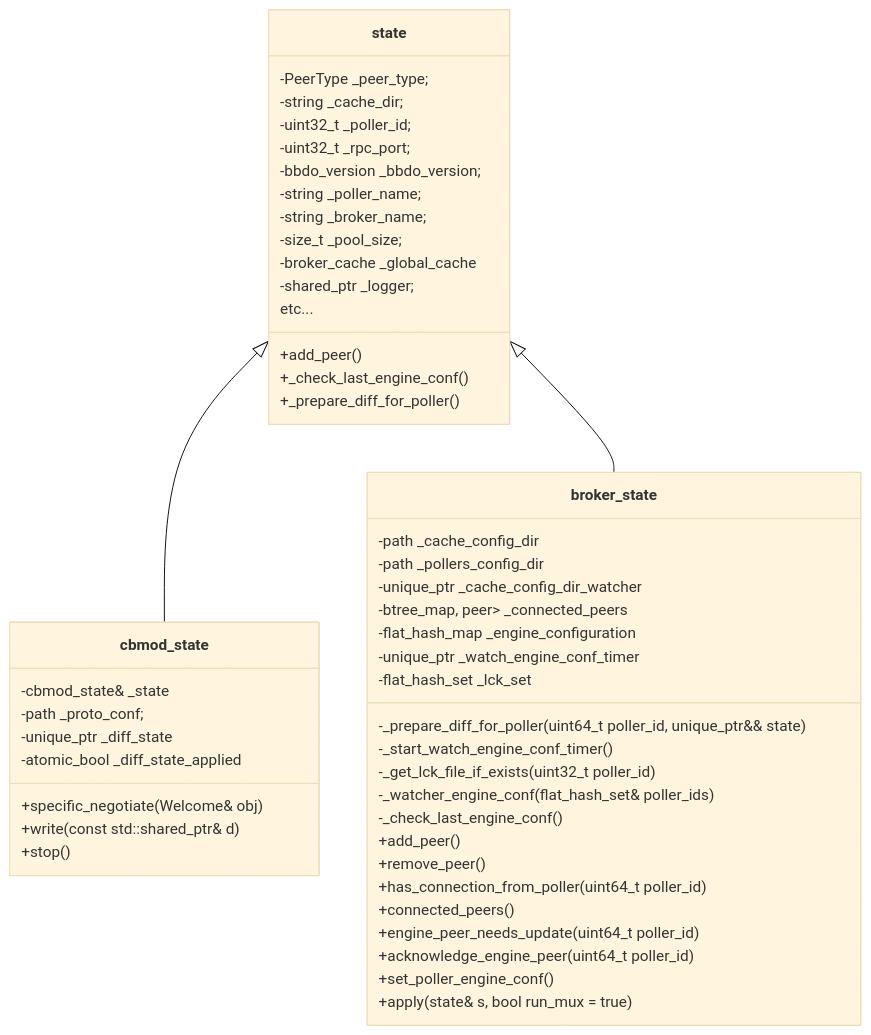
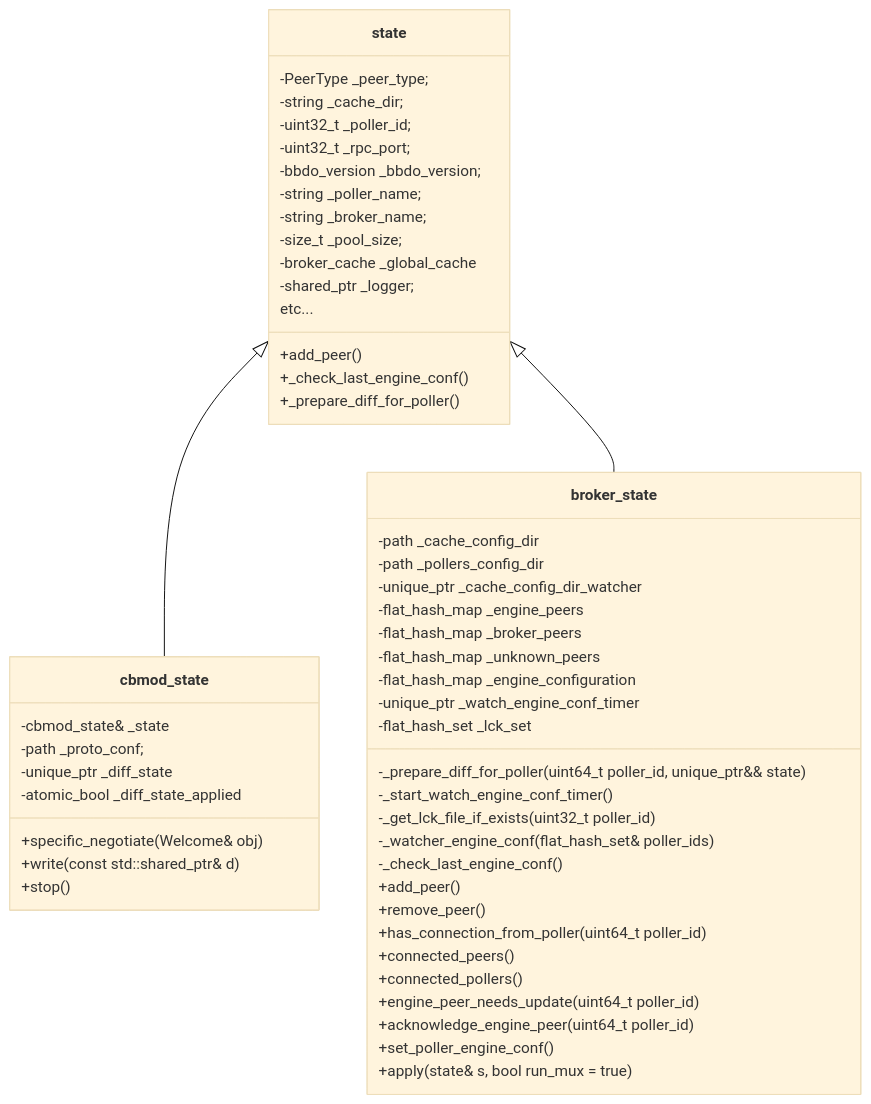
One commit to centreon/centreon-collect changed diagram 14 of 34 in broker/doc/nego-engine-broker-fr.md. Above: the diagram before and after it, drawn with Mermaid (base theme). The commit also changed other lines of this file and 1 other file, not shown here.

````diff
--- a/broker/doc/nego-engine-broker-fr.md
+++ b/broker/doc/nego-engine-broker-fr.md
@@ -1061,53 +1130,56 @@
 ```mermaid
 classDiagram
     class state {
-        -PeerType _peer_type;                                                                     
+        -PeerType _peer_type;
         -string _cache_dir;
         -uint32_t _poller_id;
         -uint32_t _rpc_port;
         -bbdo_version _bbdo_version;
         -string _poller_name;
         -string _broker_name;
-        -size_t _pool_size;                                                                                     
+        -size_t _pool_size;
         -broker_cache _global_cache
         -shared_ptr<spdlog::logger> _logger;
-        
+
         +add_peer()
         +_check_last_engine_conf()
         +_prepare_diff_for_poller()
         etc...
     }
     class cbmod_state {
         -cbmod_state& _state
         -path _proto_conf;
         -unique_ptr<DiffState> _diff_state
         -atomic_bool _diff_state_applied
         +specific_negotiate(Welcome& obj)
         +write(const std::shared_ptr<io::data>& d)
         +stop()
     }
     class broker_state {
         -path _cache_config_dir
         -path _pollers_config_dir
         -unique_ptr<directory_watcher> _cache_config_dir_watcher
-        -btree_map<tuple<uint64_t, string, string>, peer> _connected_peers
+        -flat_hash_map<peer_key, engine_peer> _engine_peers
+        -flat_hash_map<peer_key, broker_peer> _broker_peers
+        -flat_hash_map<peer_key, unknown_peer> _unknown_peers
         -flat_hash_map<uint64_t, string> _engine_configuration
         -unique_ptr<steady_timer> _watch_engine_conf_timer
         -flat_hash_set<uint32_t> _lck_set
         -_prepare_diff_for_poller(uint64_t poller_id, unique_ptr<State>&& state)
         -_start_watch_engine_conf_timer()
         -_get_lck_file_if_exists(uint32_t poller_id)
         -_watcher_engine_conf(flat_hash_set<uint32_t>& poller_ids)
         -_check_last_engine_conf()
         +add_peer()
         +remove_peer()
         +has_connection_from_poller(uint64_t poller_id)
         +connected_peers()
+        +connected_pollers()
         +engine_peer_needs_update(uint64_t poller_id)
         +acknowledge_engine_peer(uint64_t poller_id)
         +set_poller_engine_conf()
         +apply(state& s, bool run_mux = true)
     }
     state <|-- cbmod_state
     state <|-- broker_state
 ```
````
